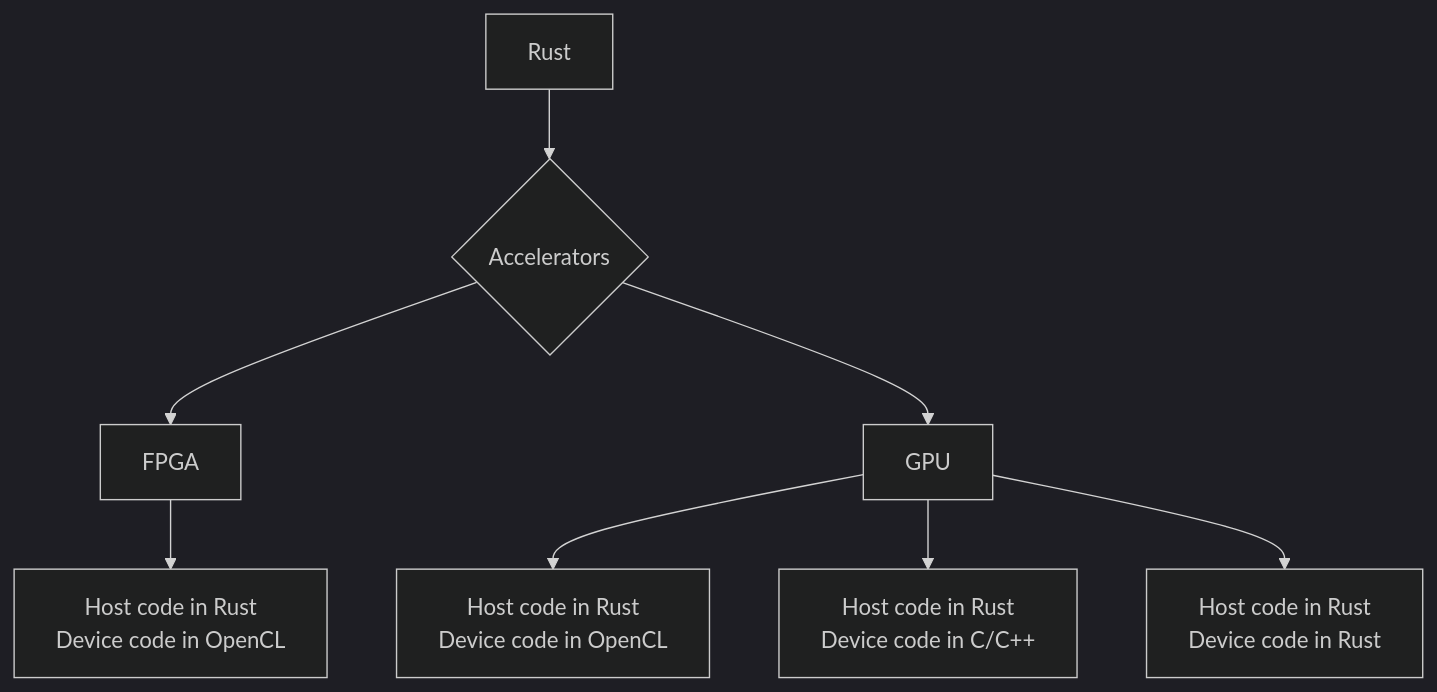
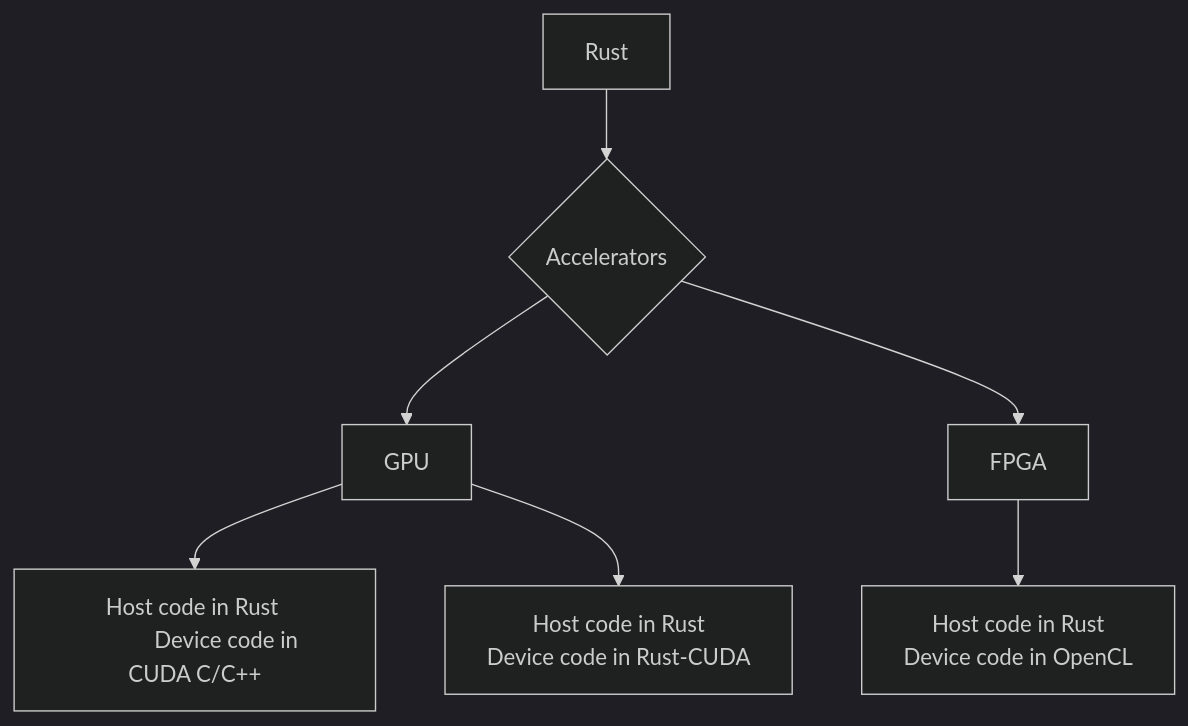
One commit to LuxProvide/RustOnAccelerators changed the diagram in docs/index.md. Above: the diagram before and after it, drawn with Mermaid. The commit also changed 7 other files, not shown here.

Commit message:
Added OpenCL FPGA

````diff
--- a/docs/index.md
+++ b/docs/index.md
@@ -12,18 +12,16 @@
 ```mermaid
 ---
 config:
   theme: 'dark'
 ---
 flowchart TD
     A[Rust] --> B{Accelerators}
-    B --> C[FPGA]
-    B --> D[GPU]
+    B --> C[GPU]
+    B --> D[FPGA]
     C --> E[Host code in Rust 
+            Device code in CUDA C/C++]
+    C --> F[Host code in Rust 
+            Device code in Rust-CUDA]
+    D --> G[Host code in Rust 
             Device code in OpenCL]
-    D --> F[Host code in Rust 
-            Device code in OpenCL]
-    D --> G[Host code in Rust 
-            Device code in C/C++]
-    D --> H[Host code in Rust 
-            Device code in Rust]
 ```
````
